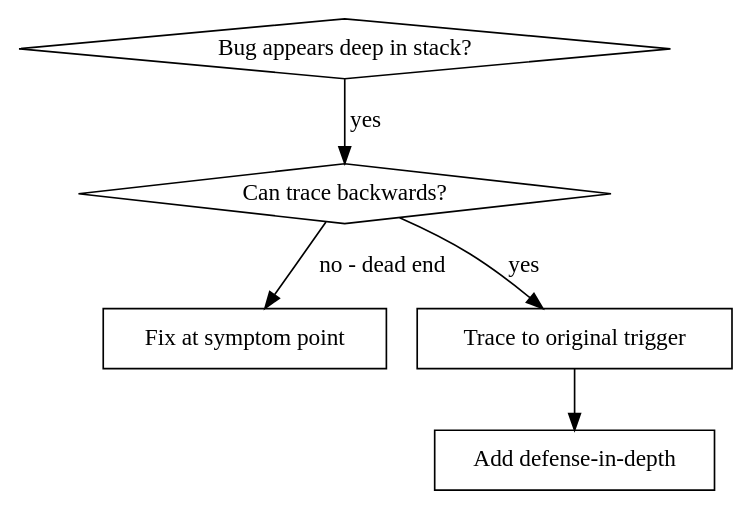
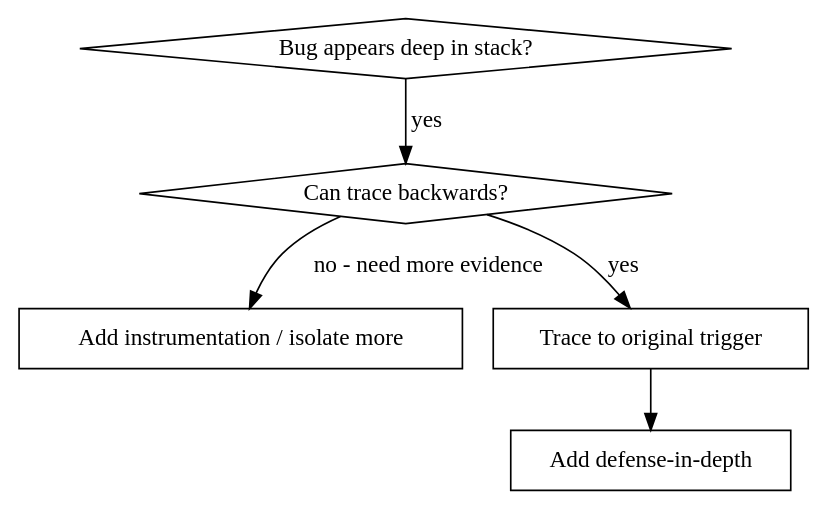
Before and after one commit to GiveMe-A-Name/smart-agent: the first of 2 diagrams in skills/systematic-debugging/references/root-cause-tracing.md, drawn with Graphviz. The commit also changed other lines of this file and 4 other files, not shown here.

````diff
--- a/skills/systematic-debugging/references/root-cause-tracing.md
+++ b/skills/systematic-debugging/references/root-cause-tracing.md
@@ -9,14 +9,14 @@
 ```dot
 digraph when_to_use {
     "Bug appears deep in stack?" [shape=diamond];
     "Can trace backwards?" [shape=diamond];
-    "Fix at symptom point" [shape=box];
+    "Add instrumentation / isolate more" [shape=box];
     "Trace to original trigger" [shape=box];
     "Add defense-in-depth" [shape=box];
 
     "Bug appears deep in stack?" -> "Can trace backwards?" [label="yes"];
     "Can trace backwards?" -> "Trace to original trigger" [label="yes"];
-    "Can trace backwards?" -> "Fix at symptom point" [label="no - dead end"];
+    "Can trace backwards?" -> "Add instrumentation / isolate more" [label="no - need more evidence"];
     "Trace to original trigger" -> "Add defense-in-depth";
 }
 ```
````
